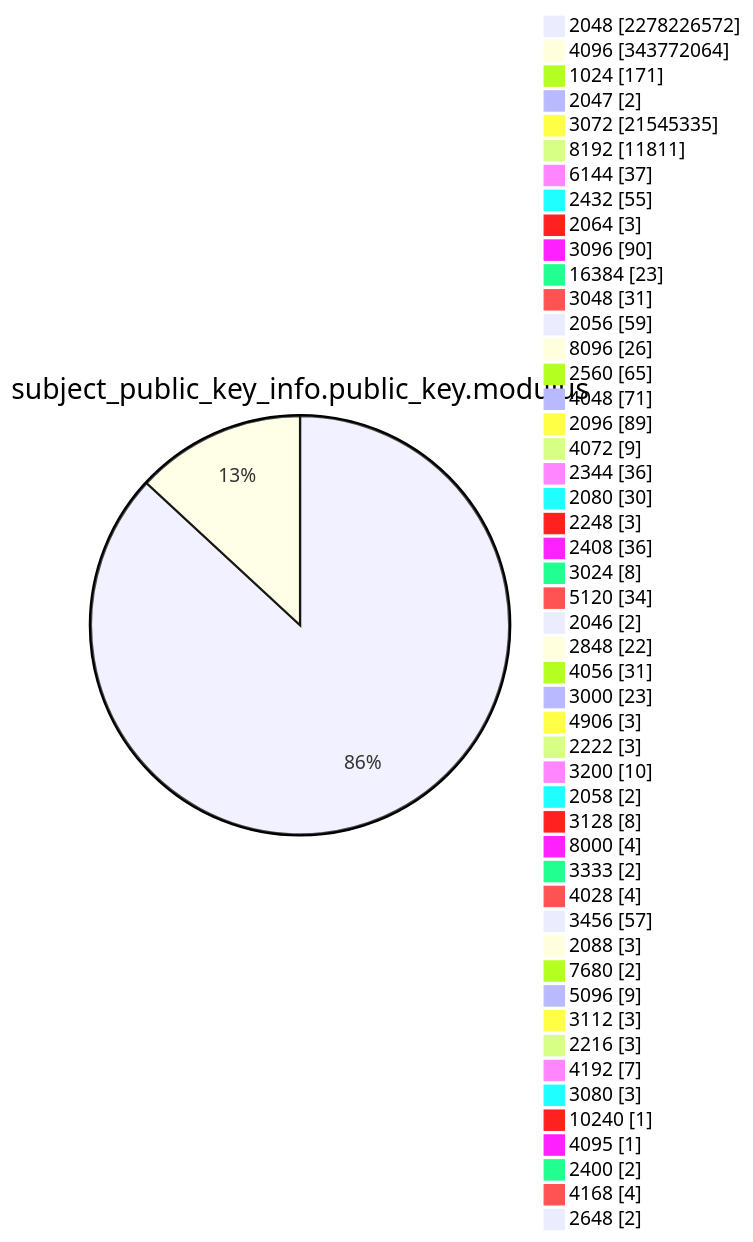
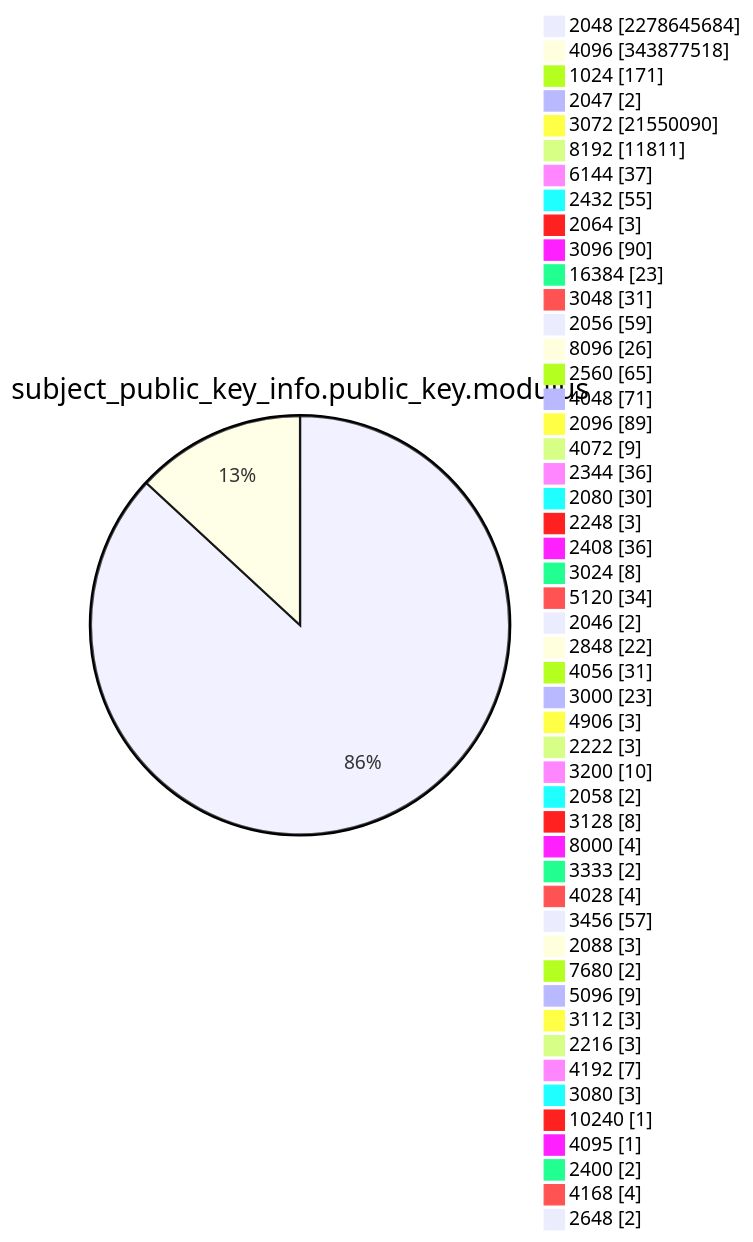
Before and after one commit to christiankrug/ctmonitor_visualization: diagram 13 of 15 in TOTAL/README.md, drawn with Mermaid. The commit also changed other lines of this file, not shown here.

````diff
--- a/TOTAL/README.md
+++ b/TOTAL/README.md
@@ -4167,53 +4167,53 @@
 ```mermaid
 pie showData
 title subject_public_key_info.public_key.modulus
-"2048" :2278226572
-"4096" :343772064
+"2048" :2278645684
+"4096" :343877518
 "1024" :171
 "2047" :2
-"3072" :21545335
+"3072" :21550090
 "8192" :11811
 "6144" :37
 "2432" :55
 "2064" :3
 "3096" :90
 "16384" :23
 "3048" :31
 "2056" :59
 "8096" :26
 "2560" :65
 "4048" :71
 "2096" :89
 "4072" :9
 "2344" :36
 "2080" :30
 "2248" :3
 "2408" :36
 "3024" :8
 "5120" :34
 "2046" :2
 "2848" :22
 "4056" :31
 "3000" :23
 "4906" :3
 "2222" :3
 "3200" :10
 "2058" :2
 "3128" :8
 "8000" :4
 "3333" :2
 "4028" :4
 "3456" :57
 "2088" :3
 "7680" :2
 "5096" :9
 "3112" :3
 "2216" :3
 "4192" :7
 "3080" :3
 "10240" :1
 "4095" :1
 "2400" :2
 "4168" :4
 "2648" :2
 ```
````
